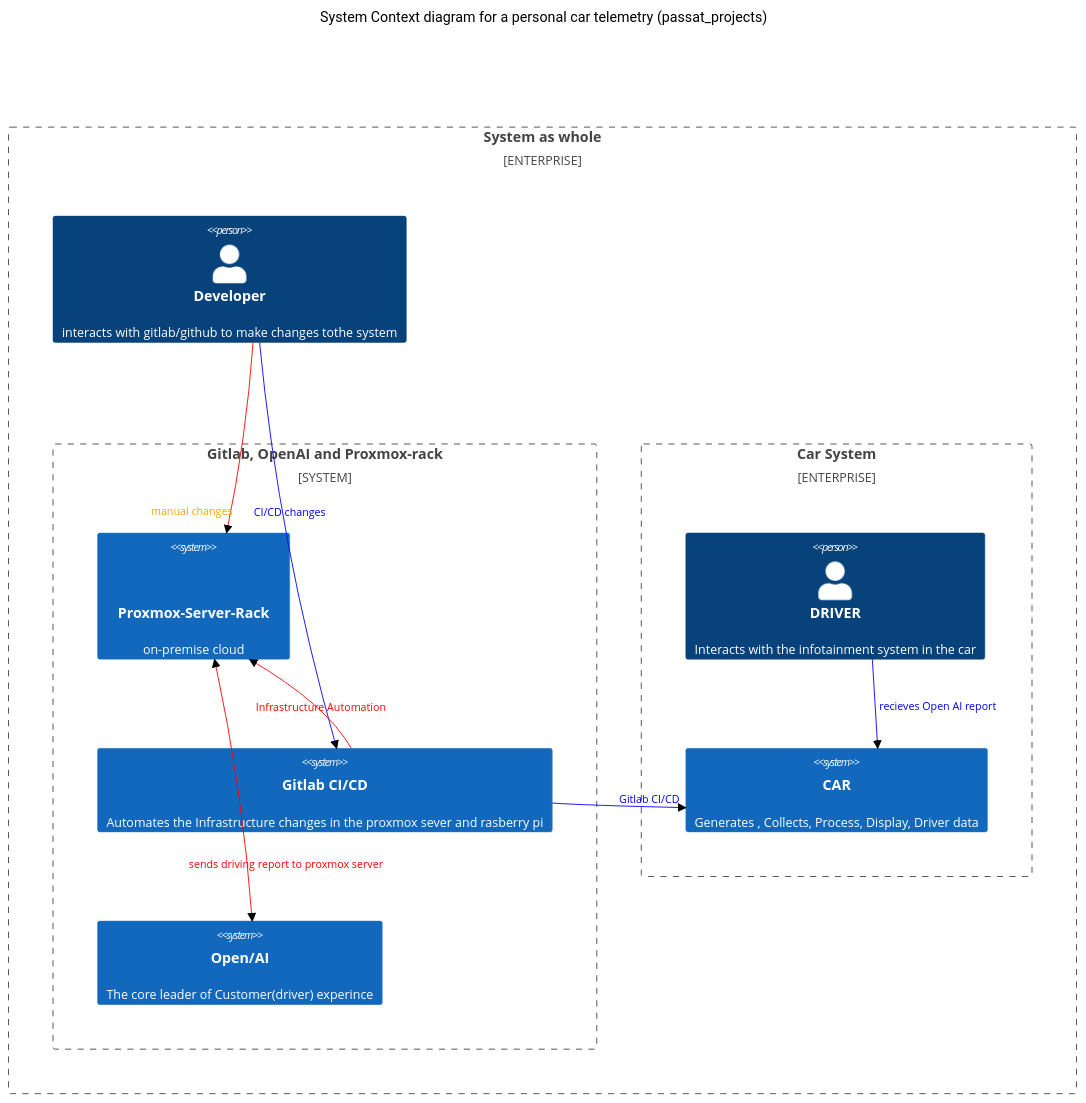
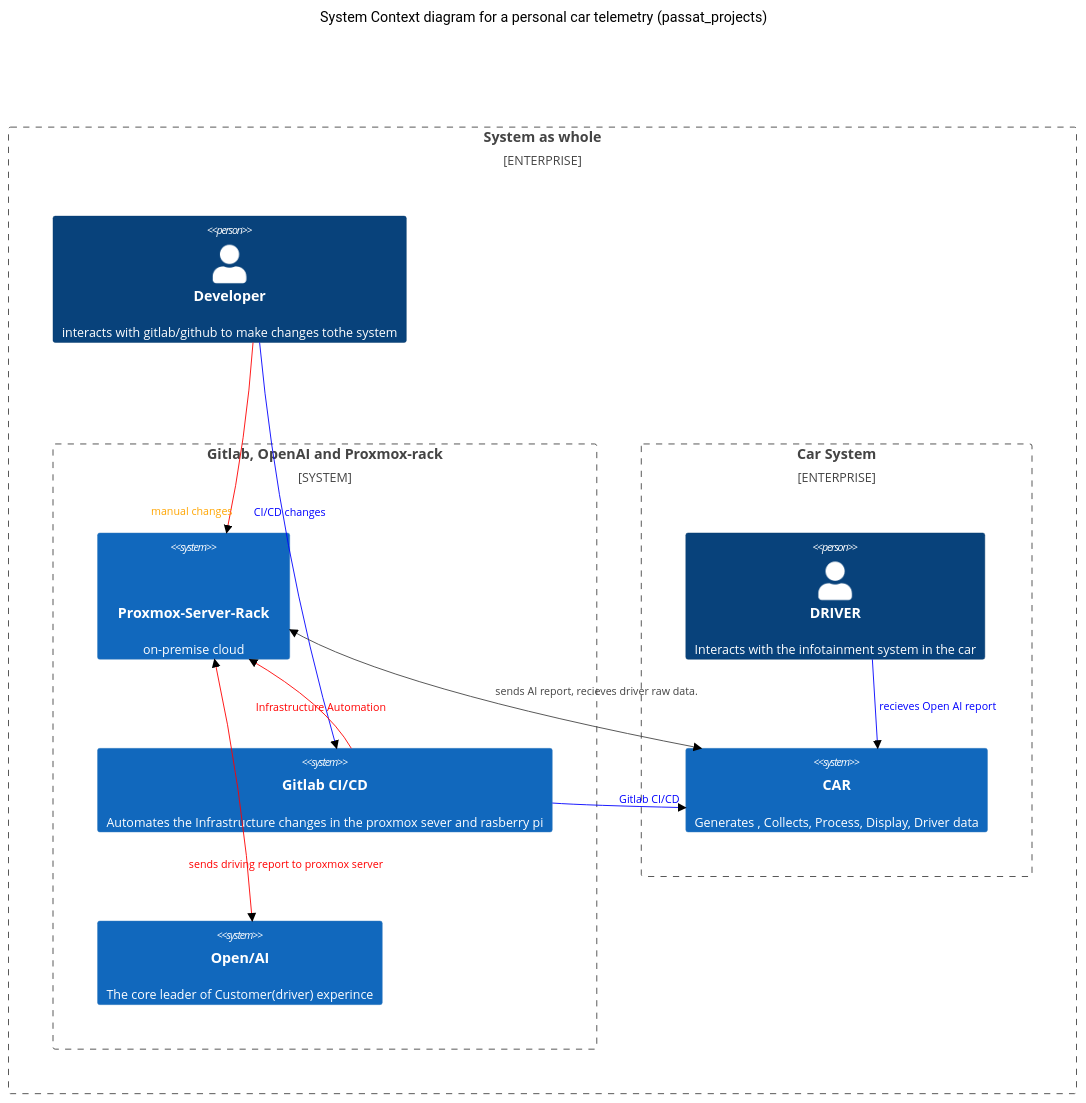
The diagram in architectural_digarams/passat_c4_system_context.mermaid (roro-commits/Passat-AI-Telemetry-), drawn with Mermaid before and after one commit. The commit also changed other lines of this file, not shown here.

Commit message:
updaate to the system context

```diff
--- a/architectural_digarams/passat_c4_system_context.mermaid
+++ b/architectural_digarams/passat_c4_system_context.mermaid
@@ -1,36 +1,36 @@
 ---
 config:
   theme: neutral
 ---
 C4Context
       title System Context diagram for a personal car telemetry (passat_projects) 
       Enterprise_Boundary(b0, "System as whole") {
           Person(dev1, "Developer", "interacts with gitlab/github to make changes tothe system")
           System_Boundary("b3", "Gitlab, OpenAI and Proxmox-rack")
           {
             System("proxmoxSystem","Proxmox-Server-Rack","on-premise cloud","self")
             System("gitlabSystem","Gitlab CI/CD","Automates the Infrastructure changes in the proxmox sever and rasberry pi ",)
             System("openaiSystem","Open/AI","The core leader of Customer(driver) experince",)
           }
           Enterprise_Boundary(b1, "Car System")
           {
             Person(driver1, "DRIVER", "Interacts with the infotainment system in the car")
             System(carSystem, "CAR", "Generates , Collects, Process, Display, Driver data ")
           }
       }
       Rel(driver1,carSystem, "recieves Open AI report")  
       Rel(dev1, gitlabSystem, "CI/CD changes")
       Rel(dev1, proxmoxSystem, "manual changes")
       Rel(gitlabSystem, carSystem, "Gitlab CI/CD")
       Rel(gitlabSystem,proxmoxSystem, "Infrastructure Automation")
       BiRel(openaiSystem, proxmoxSystem, "sends driving report to proxmox server ")
-
-
+      BiRel(proxmoxSystem,carSystem, "sends AI report, recieves driver raw data.")  
 
       UpdateElementStyle(customerA, $fontColor="red", $bgColor="grey", $borderColor="red")
       UpdateRelStyle(driver1,carSystem, $textColor="blue", $lineColor="blue", $offsetX="5")
       UpdateRelStyle(gitlabSystem, carSystem, $textColor="blue", $lineColor="blue", $offsetY="-10")
       UpdateRelStyle(dev1, gitlabSystem,  $textColor="blue", $lineColor="blue", $offsetY="-40", $offsetX="-50")
       UpdateRelStyle(gitlabSystem,proxmoxSystem, $textColor="red", $lineColor="red", $offsetX="-50", $offsetY="1")
       UpdateRelStyle(openaiSystem, proxmoxSystem, $textColor="red", $lineColor="red", $offsetX="-50", $offsetY="80")
       UpdateRelStyle(dev1, proxmoxSystem, $textColor="orange", $lineColor="red", $offsetX="-100", $offsetY="80")
+      UpdateRelStyle(proxmoxSystem,carSystem, roxmoxSystem,carSystem, $textColor="orange", $lineColor="red", $offsetX="-100", $offsetY="80")
```
